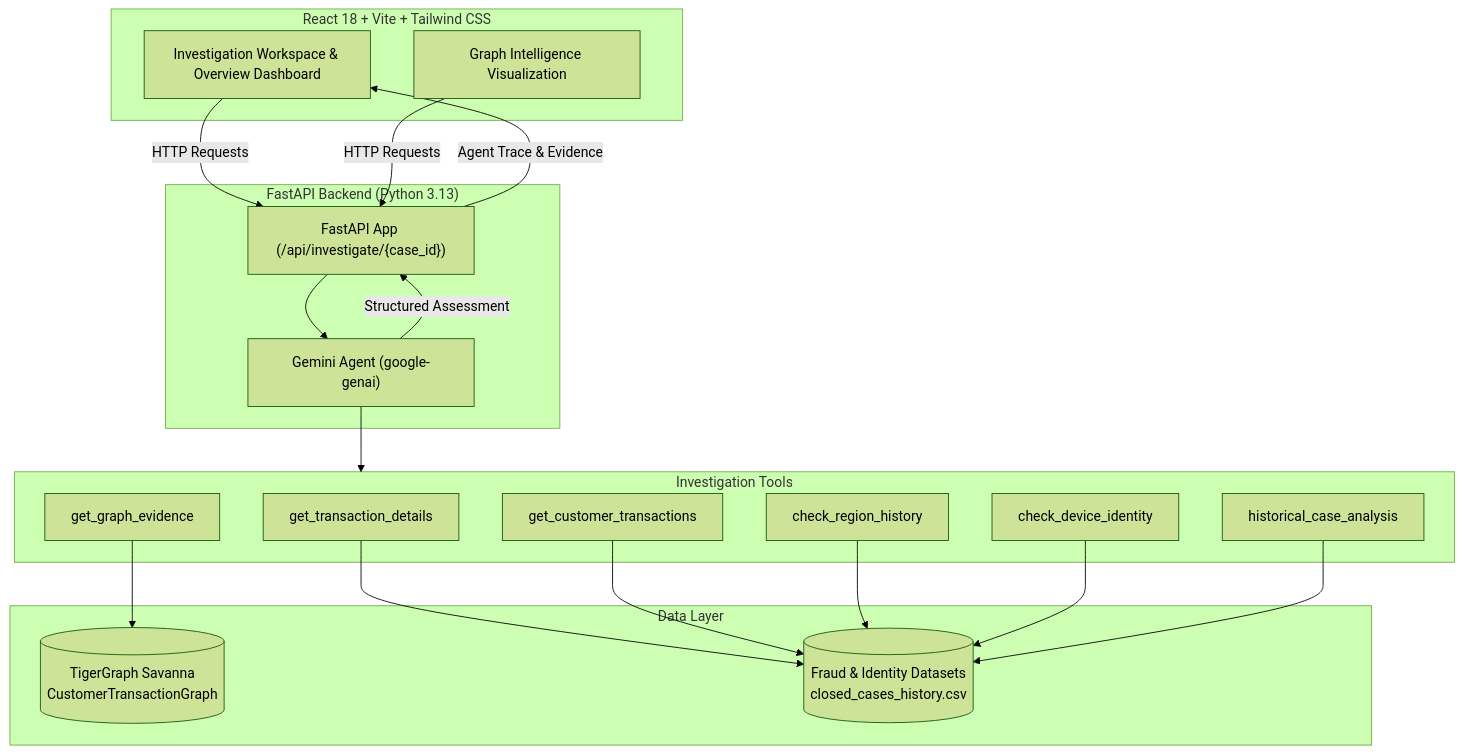
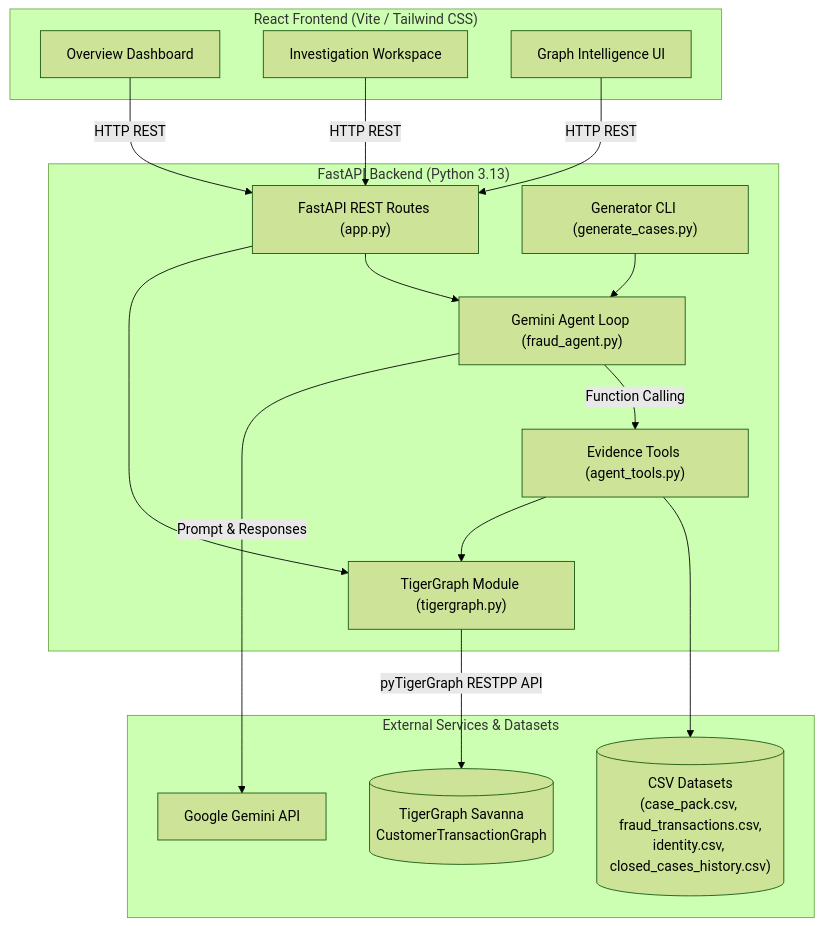
Before and after one commit to prachisj4/TigerGraphFraud: the diagram in README.md, drawn with Mermaid (forest theme). The commit also changed other lines of this file and 32 other files, not shown here.

Commit message:
Complete TigerGraph fraud investigation agent with GraphRAG and MCP

````diff
--- a/README.md
+++ b/README.md
@@ -40,36 +147,38 @@
 ```mermaid
 flowchart TD
-    subgraph Frontend ["React 18 + Vite + Tailwind CSS"]
-        UI["Investigation Workspace & Overview Dashboard"]
-        GV["Graph Intelligence Visualization"]
+    subgraph Frontend ["React Frontend (Vite / Tailwind CSS)"]
+        Dashboard["Overview Dashboard"]
+        Workspace["Investigation Workspace"]
+        GraphUI["Graph Intelligence UI"]
     end
 
     subgraph Backend ["FastAPI Backend (Python 3.13)"]
-        API["FastAPI App (/api/investigate/{case_id})"]
-        Agent["Gemini Agent (google-genai)"]
+        API["FastAPI REST Routes (app.py)"]
+        Agent["Gemini Agent Loop (fraud_agent.py)"]
+        Tools["Evidence Tools (agent_tools.py)"]
+        TG["TigerGraph Module (tigergraph.py)"]
+        CLI["Generator CLI (generate_cases.py)"]
     end
 
-    subgraph Tools ["Investigation Tools"]
-        T1["get_transaction_details"]
-        T2["get_customer_transactions"]
-        T3["check_region_history"]
-        T4["check_device_identity"]
-        T5["get_graph_evidence"]
-        T6["historical_case_analysis"]
+    subgraph External ["External Services & Datasets"]
+        GeminiAPI["Google Gemini API"]
+        Savanna[("TigerGraph Savanna\nCustomerTransactionGraph")]
+        CSVFiles[("CSV Datasets\n(case_pack.csv, fraud_transactions.csv,\nidentity.csv, closed_cases_history.csv)")]
     end
 
-    subgraph Data ["Data Layer"]
-        TG[("TigerGraph Savanna\nCustomerTransactionGraph")]
-        CSV[("Fraud & Identity Datasets\nclosed_cases_history.csv")]
-    end
+    Dashboard -->|HTTP REST| API
+    Workspace -->|HTTP REST| API
+    GraphUI -->|HTTP REST| API
 
-    UI -->|HTTP Requests| API
-    GV -->|HTTP Requests| API
     API --> Agent
-    Agent --> Tools
-    T1 & T2 & T3 & T4 --> CSV
-    T6 --> CSV
-    T5 --> TG
-    Agent -->|Structured Assessment| API
-    API -->|Agent Trace & Evidence| UI
+    CLI --> Agent
+
+    Agent -->|Function Calling| Tools
+    Agent -->|Prompt & Responses| GeminiAPI
+
+    Tools --> CSVFiles
+    Tools --> TG
+    API --> TG
+
+    TG -->|pyTigerGraph RESTPP API| Savanna
 ```
````
